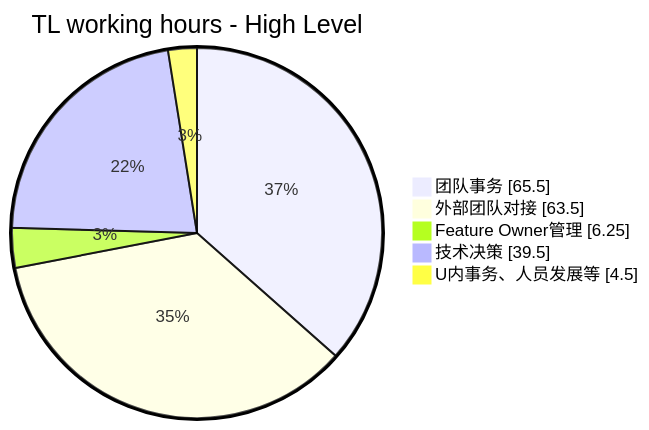
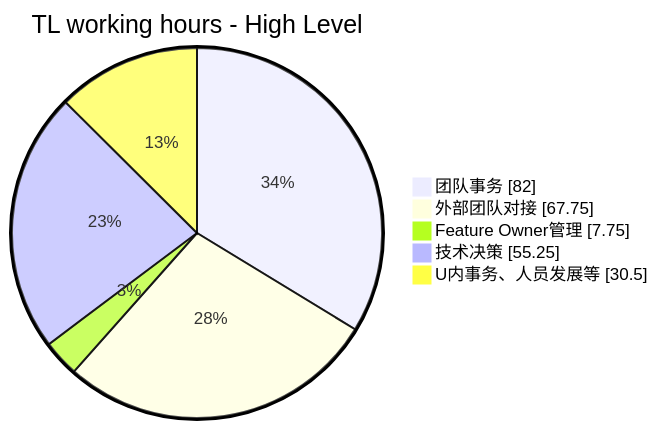
The fourth of 5 diagrams in _posts/2023-08-05-my-tech-lead-journey-iv.md (EthanLin-TWer/blog), drawn with Mermaid before and after one commit. The commit also changed other lines of this file, not shown here.

````diff
--- a/_posts/2023-08-05-my-tech-lead-journey-iv.md
+++ b/_posts/2023-08-05-my-tech-lead-journey-iv.md
@@ -210,9 +210,9 @@
 ```mermaid
 %%{init: {"pie": {"textPosition": 0.5, "useWidth": 960}, "themeVariables": {"pieOuterStrokeWidth": "3px"}} }%%
 pie showData title TL working hours - High Level
-  "团队事务": 65.5
-  "外部团队对接": 63.5
-  "Feature Owner管理": 6.25
-  "技术决策": 39.5
-  "U内事务、人员发展等": 4.5
+  "团队事务": 82
+  "外部团队对接": 67.75
+  "Feature Owner管理": 7.75
+  "技术决策": 55.25
+  "U内事务、人员发展等": 30.5
 ```
````
